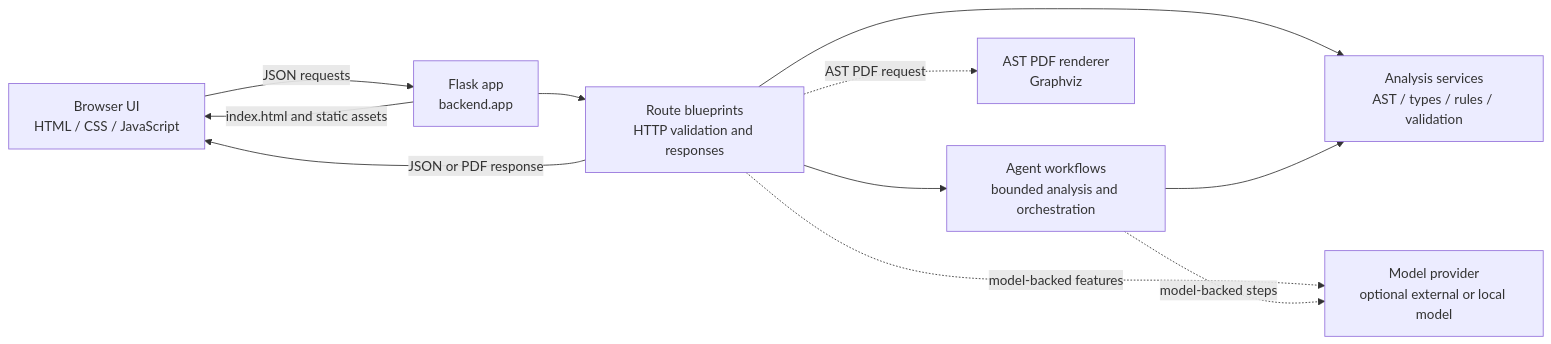
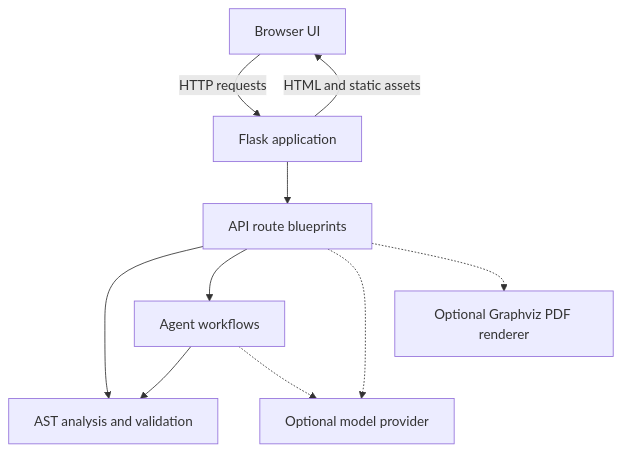
The diagram in README.md (RadhashyamGurugubelli/Intelligent_code-CommentGeneration_Via-AST), drawn with Mermaid before and after one commit.

Commit message:
fix readme architecture diagram

````diff
--- a/README.md
+++ b/README.md
@@ -13,21 +13,12 @@
 ```mermaid
-flowchart LR
-    Browser["Browser UI<br/>HTML / CSS / JavaScript"]
-    Flask["Flask app<br/>backend.app"]
-    Routes["Route blueprints<br/>HTTP validation and responses"]
-    Analysis["Analysis services<br/>AST / types / rules / validation"]
-    Agents["Agent workflows<br/>bounded analysis and orchestration"]
-    Provider["Model provider<br/>optional external or local model"]
-    Graph["AST PDF renderer<br/>Graphviz"]
-
-    Browser -->|"JSON requests"| Flask
-    Flask --> Routes
-    Routes --> Analysis
-    Routes --> Agents
+flowchart TD
+    Browser[Browser UI] -->|HTTP requests| Flask[Flask application]
+    Flask --> Routes[API route blueprints]
+    Routes --> Analysis[AST analysis and validation]
+    Routes --> Agents[Agent workflows]
     Agents --> Analysis
-    Routes -. "model-backed features" .-> Provider
-    Agents -. "model-backed steps" .-> Provider
-    Routes -. "AST PDF request" .-> Graph
-    Routes -->|"JSON or PDF response"| Browser
-    Flask -->|"index.html and static assets"| Browser
+    Routes -.-> Provider[Optional model provider]
+    Agents -.-> Provider
+    Routes -.-> Graphviz[Optional Graphviz PDF renderer]
+    Flask -->|HTML and static assets| Browser
 ```
````
